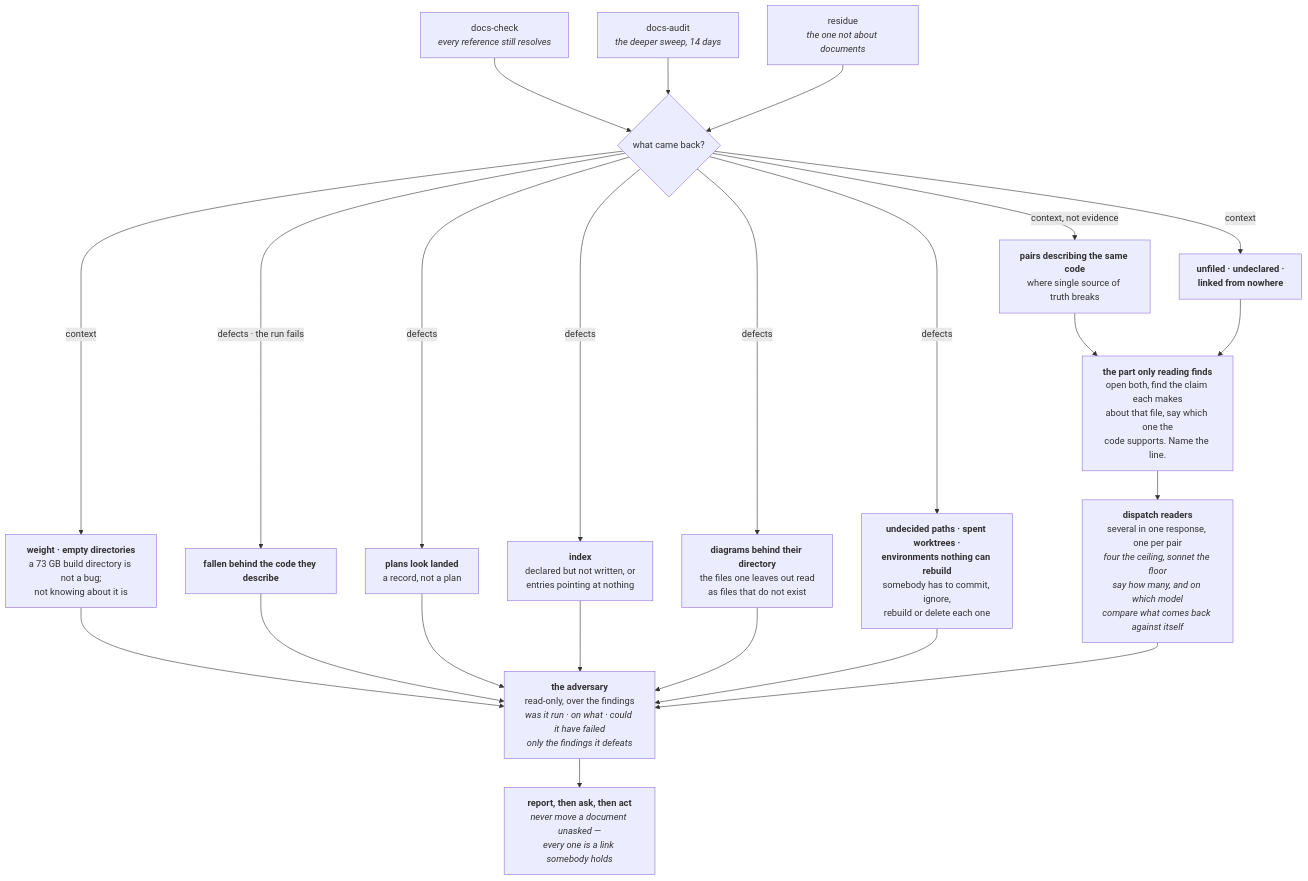
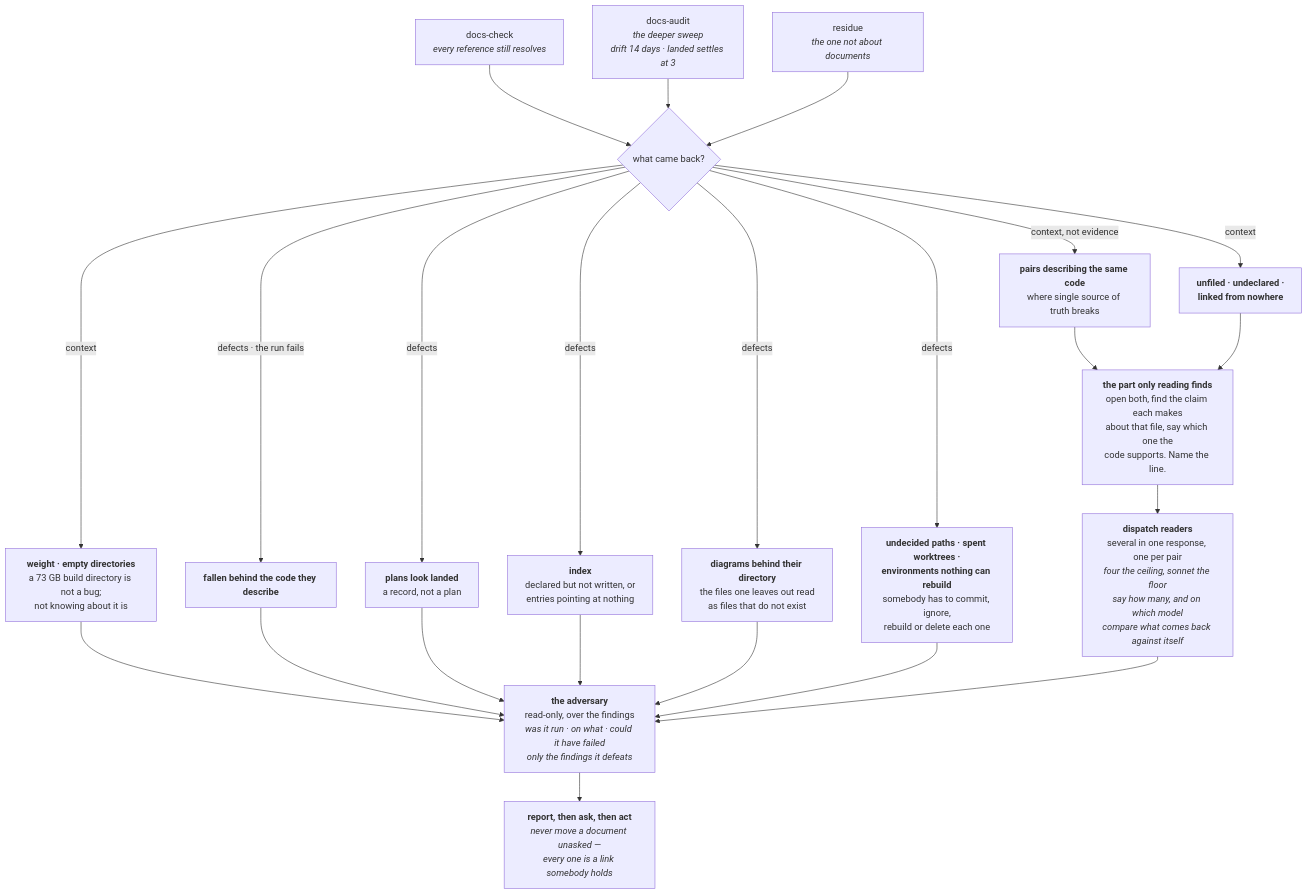
One commit to FanFantom9452/FanKeel changed the seventh of 8 diagrams in docs/pipeline.md. Above: the diagram before and after it, drawn with Mermaid. The commit also changed other lines of this file and 3 other files, not shown here.

````diff
--- a/docs/pipeline.md
+++ b/docs/pipeline.md
@@ -558,42 +558,42 @@
 ```mermaid
 flowchart TD
     A["docs-check<br/><i>every reference still resolves</i>"]
-    B["docs-audit<br/><i>the deeper sweep, 14 days</i>"]
+    B["docs-audit<br/><i>the deeper sweep<br/>drift 14 days · landed settles at 3</i>"]
     A2["residue<br/><i>the one not about documents</i>"]
     C{"what came back?"}
     D1["<b>fallen behind the code they describe</b>"]
     D2["<b>plans look landed</b><br/>a record, not a plan"]
     D3["<b>index</b><br/>declared but not written, or<br/>entries pointing at nothing"]
     D4["<b>diagrams behind their directory</b><br/>the files one leaves out read<br/>as files that do not exist"]
     D5["<b>undecided paths · spent worktrees ·<br/>environments nothing can rebuild</b><br/>somebody has to commit, ignore,<br/>rebuild or delete each one"]
     E1["<b>pairs describing the same code</b><br/>where single source of truth breaks"]
     E2["<b>unfiled · undeclared ·<br/>linked from nowhere</b>"]
     E3["<b>weight · empty directories</b><br/>a 73 GB build directory is not a bug;<br/>not knowing about it is"]
     F["<b>the part only reading finds</b><br/>open both, find the claim each makes<br/>about that file, say which one the<br/>code supports. Name the line."]
     F1["<b>dispatch readers</b><br/>several in one response, one per pair<br/><i>four the ceiling, sonnet the floor</i><br/><i>say how many, and on which model</i><br/><i>compare what comes back against itself</i>"]
     F2["<b>the adversary</b><br/>read-only, over the findings<br/><i>was it run · on what · could it have failed</i><br/><i>only the findings it defeats</i>"]
     G["<b>report, then ask, then act</b><br/><i>never move a document unasked —<br/>every one is a link somebody holds</i>"]
 
     A --> C
     B --> C
     A2 --> C
     C -- "defects · the run fails" --> D1
     C -- "defects" --> D2
     C -- "defects" --> D3
     C -- "defects" --> D4
     C -- "defects" --> D5
     C -- "context, not evidence" --> E1
     C -- "context" --> E2
     C -- "context" --> E3
     E1 --> F
     E2 --> F
     E3 --> F2
     D1 --> F2
     D2 --> F2
     D3 --> F2
     D4 --> F2
     D5 --> F2
     F --> F1
     F1 --> F2
     F2 --> G
 ```
````
